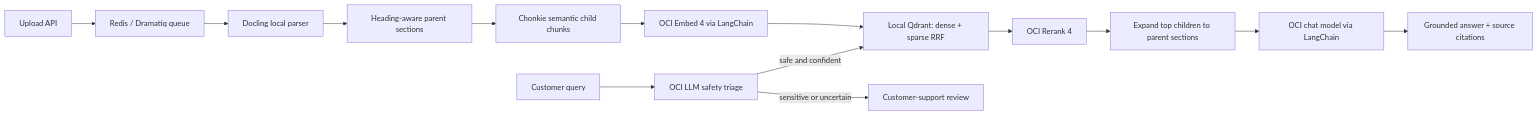
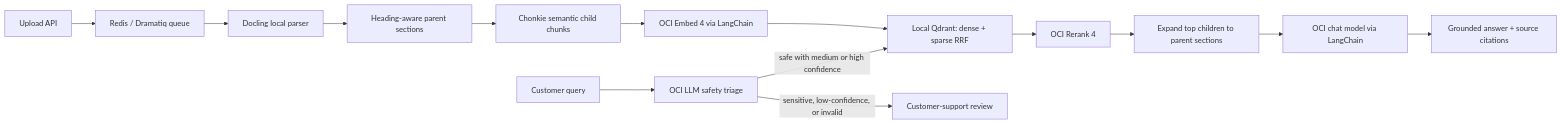
Before and after one commit to ajaypv/prod_rag: the diagram in README.md, drawn with Mermaid. The commit also changed other lines of this file, not shown here.

````diff
--- a/README.md
+++ b/README.md
@@ -21,16 +21,16 @@
 ```mermaid
 flowchart LR
     U["Upload API"] --> R["Redis / Dramatiq queue"]
     R --> D["Docling local parser"]
     D --> S["Heading-aware parent sections"]
     S --> C["Chonkie semantic child chunks"]
     C --> E["OCI Embed 4 via LangChain"]
     E --> Q["Local Qdrant: dense + sparse RRF"]
     X["Customer query"] --> T["OCI LLM safety triage"]
-    T -->|"safe and confident"| Q
-    T -->|"sensitive or uncertain"| H["Customer-support review"]
+    T -->|"safe with medium or high confidence"| Q
+    T -->|"sensitive, low-confidence, or invalid"| H["Customer-support review"]
     Q --> RR["OCI Rerank 4"]
     RR --> P["Expand top children to parent sections"]
     P --> L["OCI chat model via LangChain"]
     L --> A["Grounded answer + source citations"]
 ```
````
